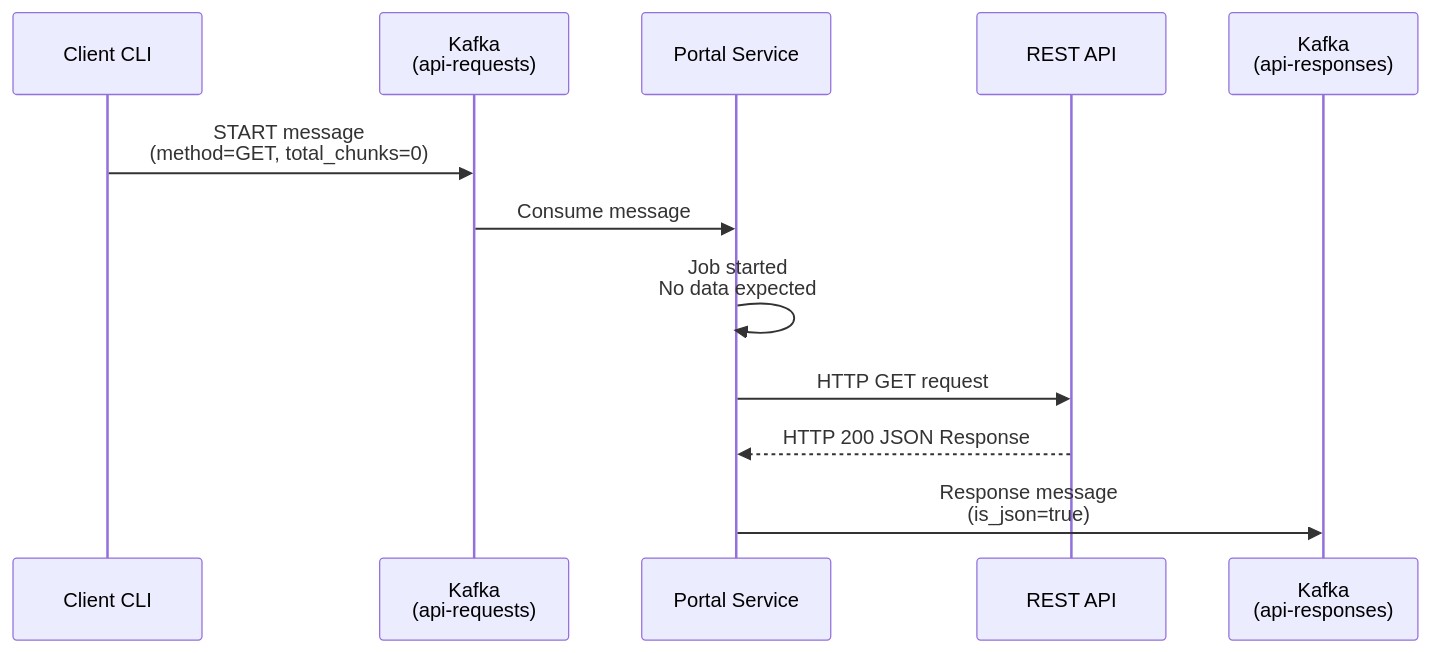
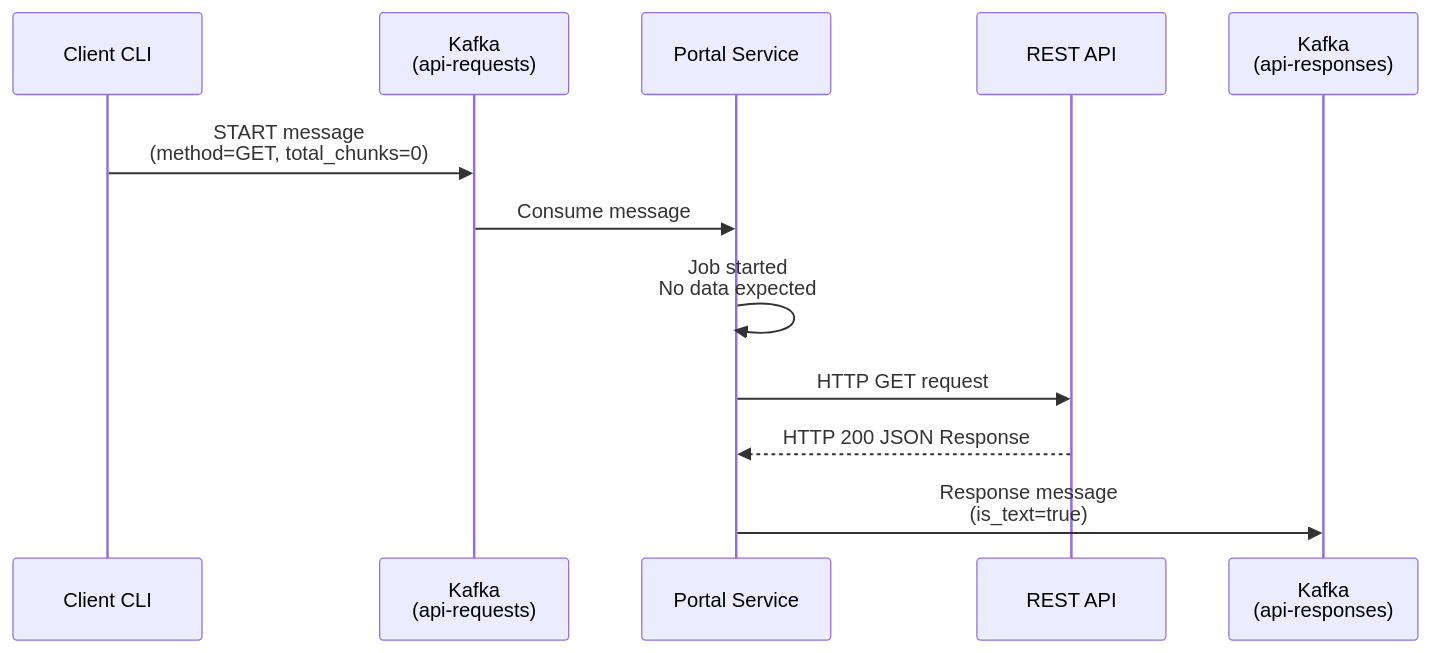
One commit to oshea00/kafkasend changed the eighth of 12 diagrams in PROTOCOL.md. Above: the diagram before and after it, drawn with Mermaid. The commit also changed other lines of this file and 6 other files, not shown here.

````diff
--- a/PROTOCOL.md
+++ b/PROTOCOL.md
@@ -644,15 +643,15 @@
 ```mermaid
 sequenceDiagram
     participant C as Client CLI
     participant KR as Kafka<br/>(api-requests)
     participant P as Portal Service
     participant A as REST API
     participant KS as Kafka<br/>(api-responses)
 
     C->>KR: START message<br/>(method=GET, total_chunks=0)
     KR->>P: Consume message
     P->>P: Job started<br/>No data expected
     P->>A: HTTP GET request
     A-->>P: HTTP 200 JSON Response
-    P->>KS: Response message<br/>(is_json=true)
+    P->>KS: Response message<br/>(is_text=true)
 ```
````
